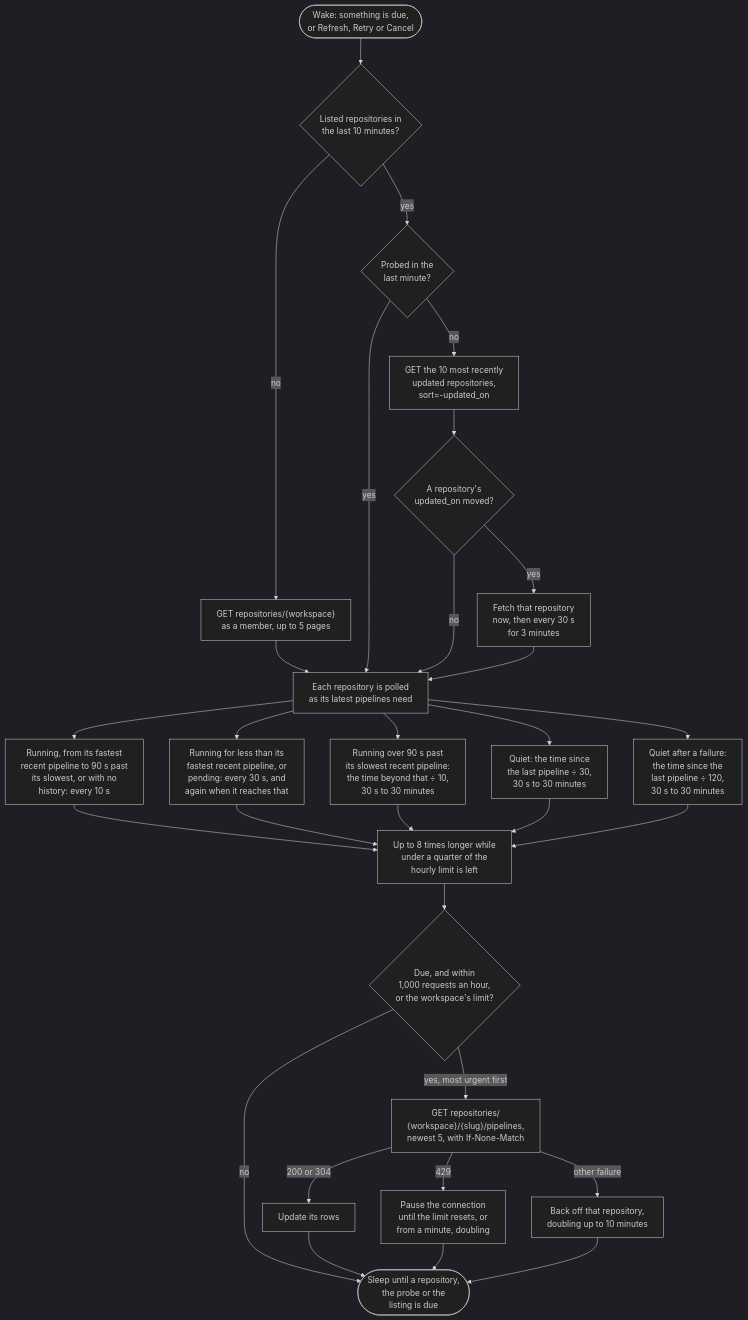
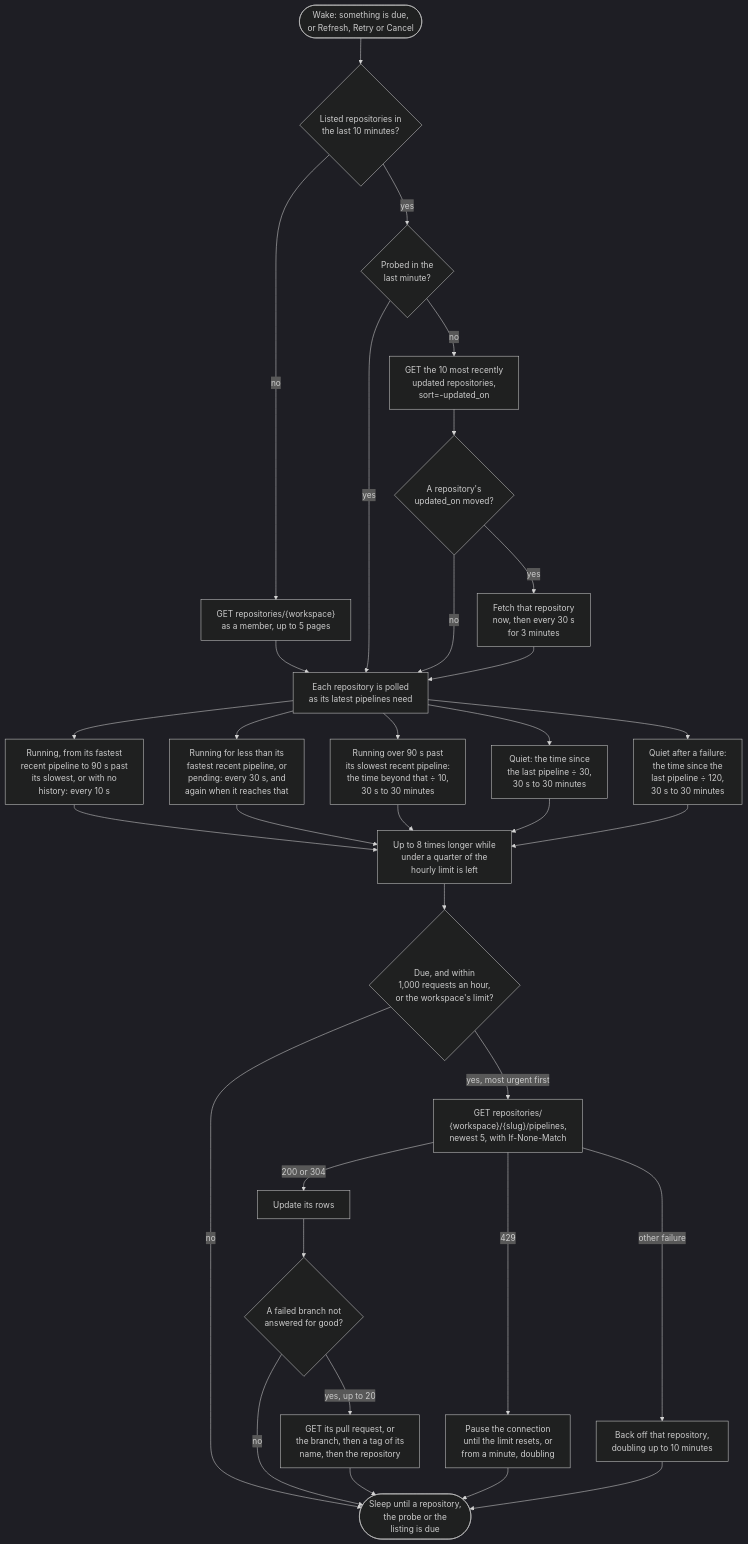
Before and after one commit to SimonCropp/BuildMonitor: the diagram in docs/mdsource/providers/bitbucket.source.md, drawn with Mermaid (dark theme). The commit also changed other lines of this file and 12 other files, not shown here.

First line of the commit message:
Ask Bitbucket what became of a failed branch

````diff
--- a/docs/mdsource/providers/bitbucket.source.md
+++ b/docs/mdsource/providers/bitbucket.source.md
@@ -36,37 +42,40 @@
 ```mermaid
 ---
 config:
   flowchart:
     wrappingWidth: 400
 ---
 flowchart TD
     wake(["Wake: something is due,<br/>or Refresh, Retry or Cancel"]) --> listed{"Listed repositories in<br/>the last 10 minutes?"}
     listed -- "no" --> discover["GET repositories/{workspace}<br/>as a member, up to 5 pages"]
     listed -- "yes" --> probed{"Probed in the<br/>last minute?"}
     probed -- "no" --> probe["GET the 10 most recently<br/>updated repositories,<br/>sort=-updated_on"]
     probe --> moved{"A repository's<br/>updated_on moved?"}
     moved -- "yes" --> nudge["Fetch that repository<br/>now, then every 30 s<br/>for 3 minutes"]
     discover --> interval["Each repository is polled<br/>as its latest pipelines need"]
     probed -- "yes" --> interval
     moved -- "no" --> interval
     nudge --> interval
     interval --> finishing["Running, from its fastest<br/>recent pipeline to 90 s past<br/>its slowest, or with no<br/>history: every 10 s"]
     interval --> running["Running for less than its<br/>fastest recent pipeline, or<br/>pending: every 30 s, and<br/>again when it reaches that"]
     interval --> overrun["Running over 90 s past<br/>its slowest recent pipeline:<br/>the time beyond that ÷ 10,<br/>30 s to 30 minutes"]
     interval --> quiet["Quiet: the time since<br/>the last pipeline ÷ 30,<br/>30 s to 30 minutes"]
     interval --> failed["Quiet after a failure:<br/>the time since the<br/>last pipeline ÷ 120,<br/>30 s to 30 minutes"]
     finishing --> stretch["Up to 8 times longer while<br/>under a quarter of the<br/>hourly limit is left"]
     running --> stretch
     overrun --> stretch
     quiet --> stretch
     failed --> stretch
     stretch --> due{"Due, and within<br/>1,000 requests an hour,<br/>or the workspace's limit?"}
     due -- "no" --> sleep(["Sleep until a repository,<br/>the probe or the<br/>listing is due"])
     due -- "yes, most urgent first" --> fetch["GET repositories/<br/>{workspace}/{slug}/pipelines,<br/>newest 5, with If-None-Match"]
     fetch -- "200 or 304" --> rows["Update its rows"]
     fetch -- "429" --> pause["Pause the connection<br/>until the limit resets, or<br/>from a minute, doubling"]
     fetch -- "other failure" --> backoff["Back off that repository,<br/>doubling up to 10 minutes"]
-    rows --> sleep
+    rows --> branches{"A failed branch not<br/>answered for good?"}
+    branches -- "yes, up to 20" --> ask["GET its pull request, or<br/>the branch, then a tag of its<br/>name, then the repository"]
+    branches -- "no" --> sleep
+    ask --> sleep
     pause --> sleep
     backoff --> sleep
 ```
````
